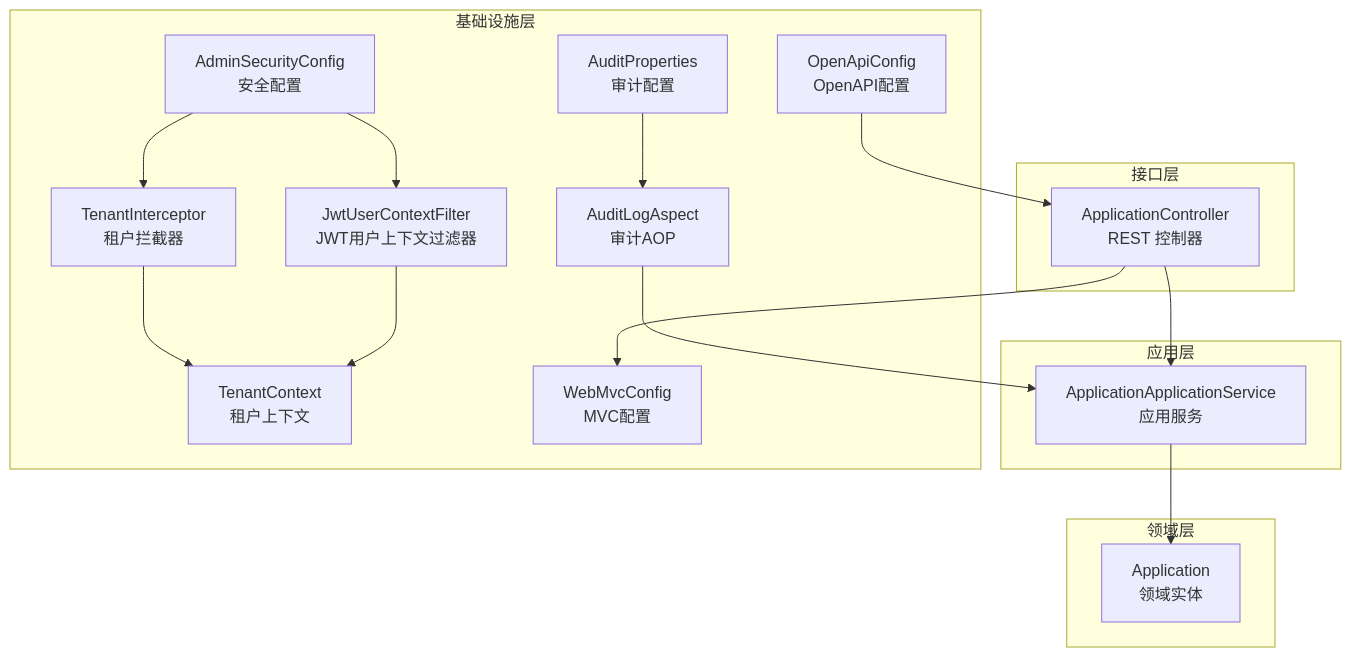
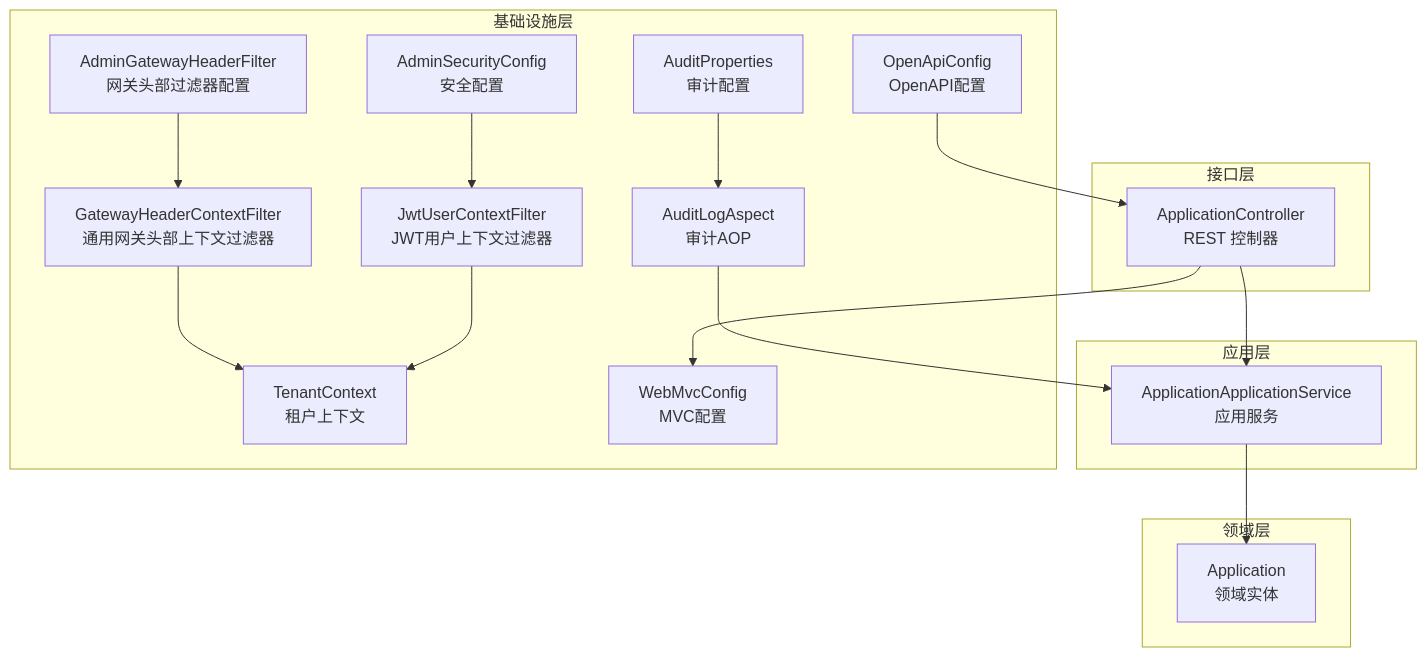
The first of 10 diagrams in .qoder/repowiki/zh/content/项目概述/项目结构/管理服务器 (iam-admin-server)/管理服务器架构.md (fq0121104930716/iam-platform), drawn with Mermaid before and after one commit. The commit also changed other lines of this file and 13 other files, not shown here.

````diff
--- a/.qoder/repowiki/zh/content/项目概述/项目结构/管理服务器 (iam-admin-server)/管理服务器架构.md
+++ b/.qoder/repowiki/zh/content/项目概述/项目结构/管理服务器 (iam-admin-server)/管理服务器架构.md
@@ -49,32 +60,33 @@
 ```mermaid
 graph TB
 subgraph "接口层"
 C1["ApplicationController<br/>REST 控制器"]
 end
 subgraph "应用层"
 S1["ApplicationApplicationService<br/>应用服务"]
 end
 subgraph "领域层"
 E1["Application<br/>领域实体"]
 end
 subgraph "基础设施层"
 F1["AdminSecurityConfig<br/>安全配置"]
 F2["JwtUserContextFilter<br/>JWT用户上下文过滤器"]
-F3["TenantInterceptor<br/>租户拦截器"]
-F4["TenantContext<br/>租户上下文"]
-F5["WebMvcConfig<br/>MVC配置"]
-F6["OpenApiConfig<br/>OpenAPI配置"]
-F7["AuditLogAspect<br/>审计AOP"]
-F8["AuditProperties<br/>审计配置"]
+F3["AdminGatewayHeaderFilter<br/>网关头部过滤器配置"]
+F4["GatewayHeaderContextFilter<br/>通用网关头部上下文过滤器"]
+F5["TenantContext<br/>租户上下文"]
+F6["WebMvcConfig<br/>MVC配置"]
+F7["OpenApiConfig<br/>OpenAPI配置"]
+F8["AuditLogAspect<br/>审计AOP"]
+F9["AuditProperties<br/>审计配置"]
 end
 C1 --> S1
 S1 --> E1
-C1 --> F5
+C1 --> F6
 F1 --> F2
-F1 --> F3
 F3 --> F4
-F2 --> F4
-F6 --> C1
-F7 --> S1
-F8 --> F7
+F4 --> F5
+F2 --> F5
+F7 --> C1
+F8 --> S1
+F9 --> F8
 ```
````
